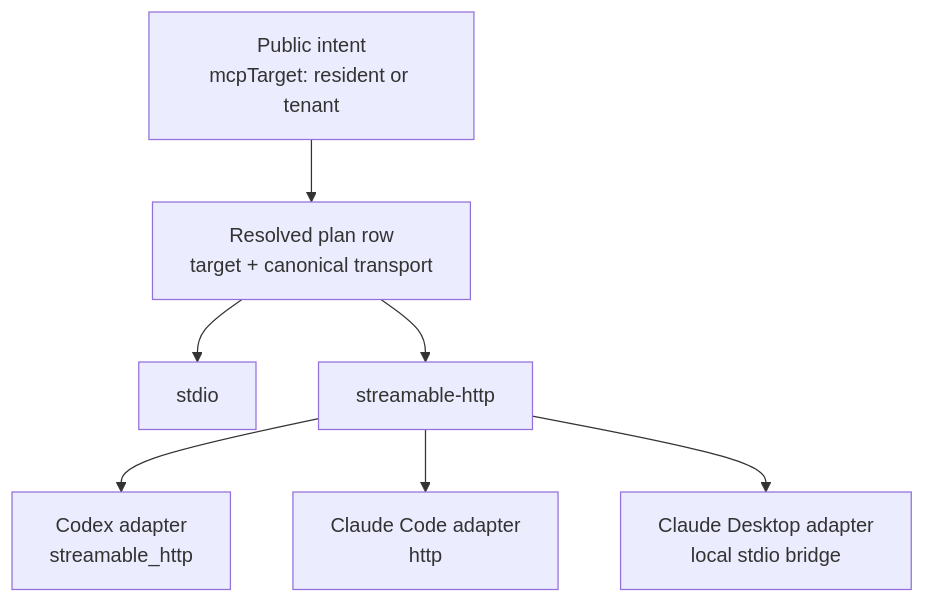
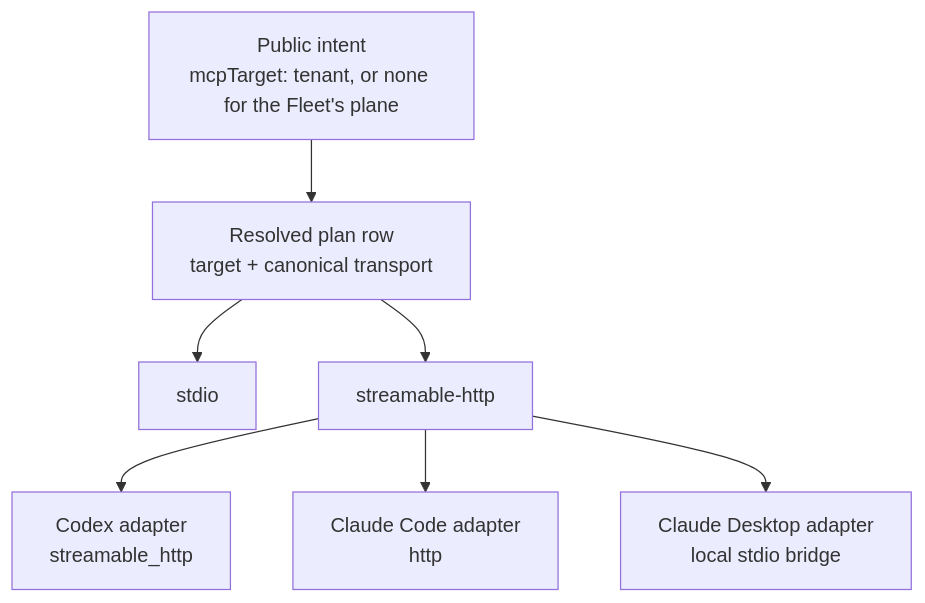
The diagram in learn/agentos/cloud-deployment/ClientAuthentication.md (neomjs/neo-agent-brain), drawn with Mermaid before and after one commit. The commit also changed other lines of this file and 21 other files, not shown here.

First line of the commit message:
feat(fleet): a seat starts against the plane the Fleet serves, with its own plane credential bound to the plane that proved it (#699) (#728)

````diff
--- a/learn/agentos/cloud-deployment/ClientAuthentication.md
+++ b/learn/agentos/cloud-deployment/ClientAuthentication.md
@@ -172,9 +174,9 @@
 ```mermaid
 flowchart TD
-    intent["Public intent<br/>mcpTarget: resident or tenant"] --> plan["Resolved plan row<br/>target + canonical transport"]
+    intent["Public intent<br/>mcpTarget: tenant, or none for the Fleet's plane"] --> plan["Resolved plan row<br/>target + canonical transport"]
     plan --> stdio["stdio"]
     plan --> streamable["streamable-http"]
     streamable --> codexAdapter["Codex adapter<br/>streamable_http"]
     streamable --> claudeAdapter["Claude Code adapter<br/>http"]
     streamable --> desktopAdapter["Claude Desktop adapter<br/>local stdio bridge"]
 ```
````
